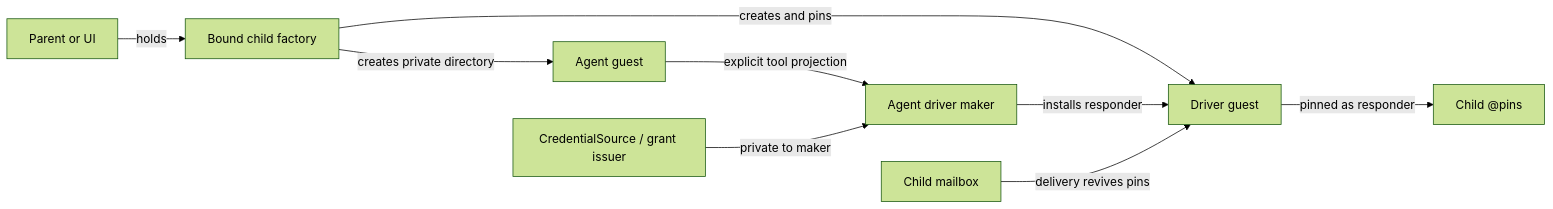
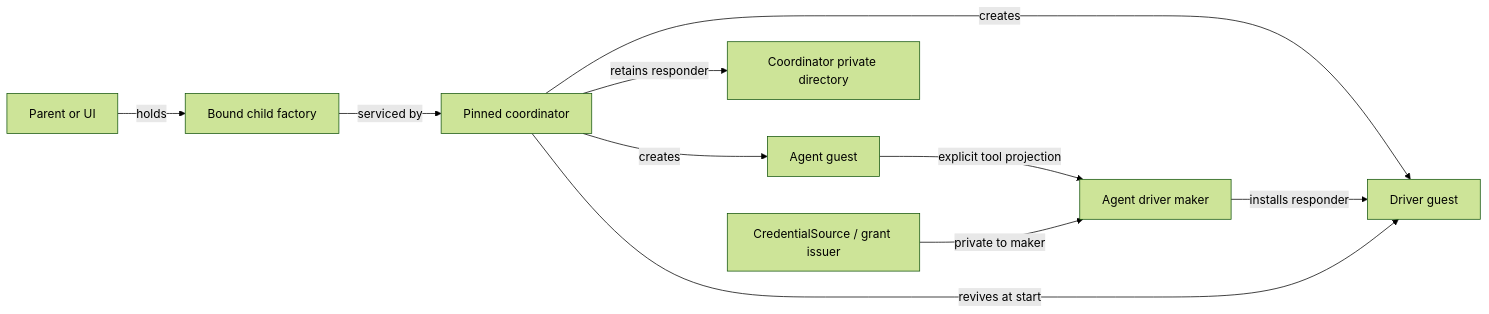
Before and after one commit to endojs/endo-but-for-bots: the first of 2 diagrams in designs/endo-child-agent-factory.md, drawn with Mermaid (forest theme). The commit also changed other lines of this file and 1 other file, not shown here.

First line of the commit message:
docs(designs): address child-agent factory panel review

````diff
--- a/designs/endo-child-agent-factory.md
+++ b/designs/endo-child-agent-factory.md
@@ -183,11 +293,12 @@
 ```mermaid
 flowchart LR
     Parent[Parent or UI] -->|holds| Factory[Bound child factory]
-    Factory -->|creates private directory| Child[Agent guest]
-    Factory -->|creates and pins| Runner[Driver guest]
+    Factory -->|serviced by| Coord[Pinned coordinator]
+    Coord -->|creates| Child[Agent guest]
+    Coord -->|creates| Runner[Driver guest]
     Maker[Agent driver maker] -->|installs responder| Runner
     Child -->|explicit tool projection| Maker
-    Runner -->|pinned as responder| Pins[Child @pins]
-    Mail[Child mailbox] -->|delivery revives pins| Runner
+    Coord -->|retains responder| Private[Coordinator private directory]
+    Coord -->|revives at start| Runner
     Credential[CredentialSource / grant issuer] -->|private to maker| Maker
 ```
````
